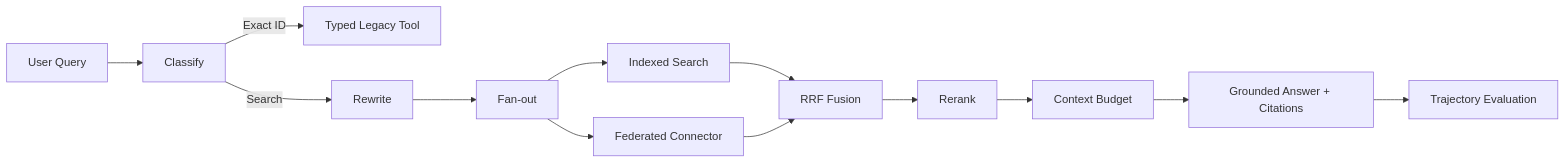
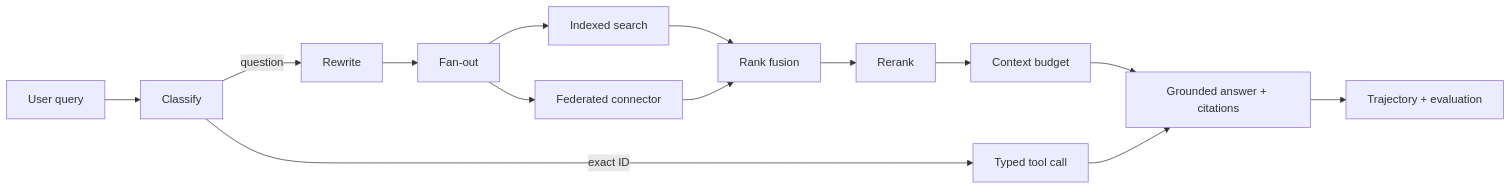
Before and after one commit to vishnoiprem/data-etl-ml: the diagram in agentic-ai/2-enterprise-search-agent-full/README.md, drawn with Mermaid. The commit also changed other lines of this file and 17 other files, not shown here.

````diff
--- a/agentic-ai/2-enterprise-search-agent-full/README.md
+++ b/agentic-ai/2-enterprise-search-agent-full/README.md
@@ -7,15 +11,16 @@
 ```mermaid
 flowchart LR
-  U[User Query] --> C[Classify]
-  C -->|Exact ID| T[Typed Legacy Tool]
-  C -->|Search| W[Rewrite]
-  W --> F[Fan-out]
-  F --> I[Indexed Search]
-  F --> X[Federated Connector]
-  I --> R[RRF Fusion]
-  X --> R
-  R --> RR[Rerank]
-  RR --> B[Context Budget]
-  B --> G[Grounded Answer + Citations]
-  G --> E[Trajectory Evaluation]
+  Q[User query] --> C[Classify]
+  C -->|exact ID| T[Typed tool call]
+  C -->|question| RW[Rewrite]
+  RW --> FO[Fan-out]
+  FO --> IX[Indexed search]
+  FO --> FED[Federated connector]
+  IX --> RRF[Rank fusion]
+  FED --> RRF
+  RRF --> RR[Rerank]
+  RR --> CB[Context budget]
+  CB --> ANS[Grounded answer + citations]
+  T --> ANS
+  ANS --> TR[Trajectory + evaluation]
 ```
````
